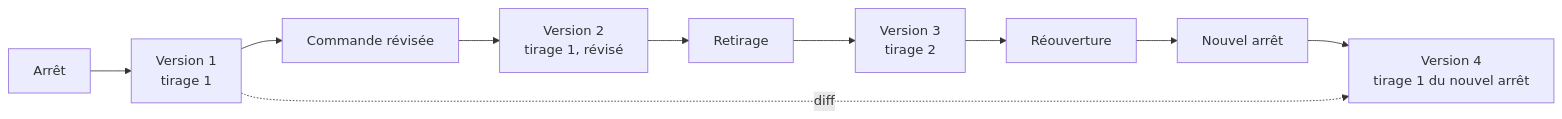
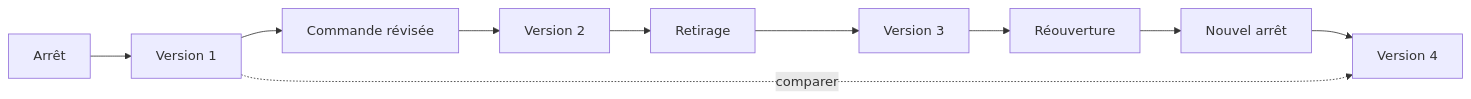
One commit to hugoheynard/lfd changed the diagram in documentation/fournil/plan-historique-des-tirages.md. Above: the diagram before and after it, drawn with Mermaid. The commit also changed other lines of this file and 1 other file, not shown here.

First line of the commit message:
docs(fournil): les versions du plan, avec un diff qui explique

````diff
--- a/documentation/fournil/plan-historique-des-tirages.md
+++ b/documentation/fournil/plan-historique-des-tirages.md
@@ -17,8 +22,8 @@
 ```mermaid
 flowchart LR
-  A[Arrêt] --> V1[Version 1<br/>tirage 1]
-  V1 --> M[Commande révisée] --> V2[Version 2<br/>tirage 1, révisé]
-  V2 --> R[Retirage] --> V3[Version 3<br/>tirage 2]
-  V3 --> O[Réouverture] --> A2[Nouvel arrêt] --> V4[Version 4<br/>tirage 1 du nouvel arrêt]
-  V1 -. diff .-> V4
+  A[Arrêt] --> V1[Version 1]
+  V1 --> M[Commande révisée] --> V2[Version 2]
+  V2 --> R[Retirage] --> V3[Version 3]
+  V3 --> O[Réouverture] --> A2[Nouvel arrêt] --> V4[Version 4]
+  V1 -. comparer .-> V4
 ```
````
